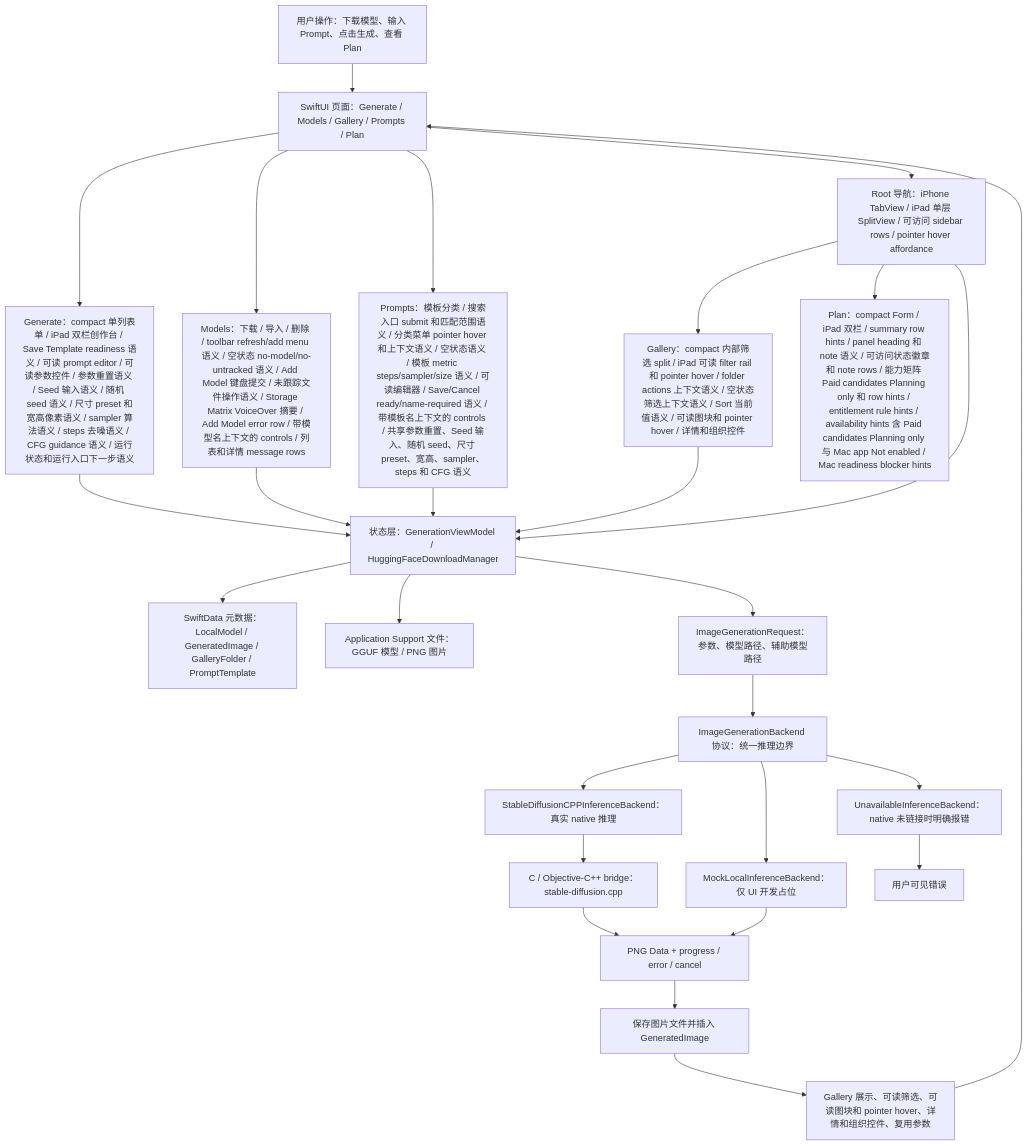
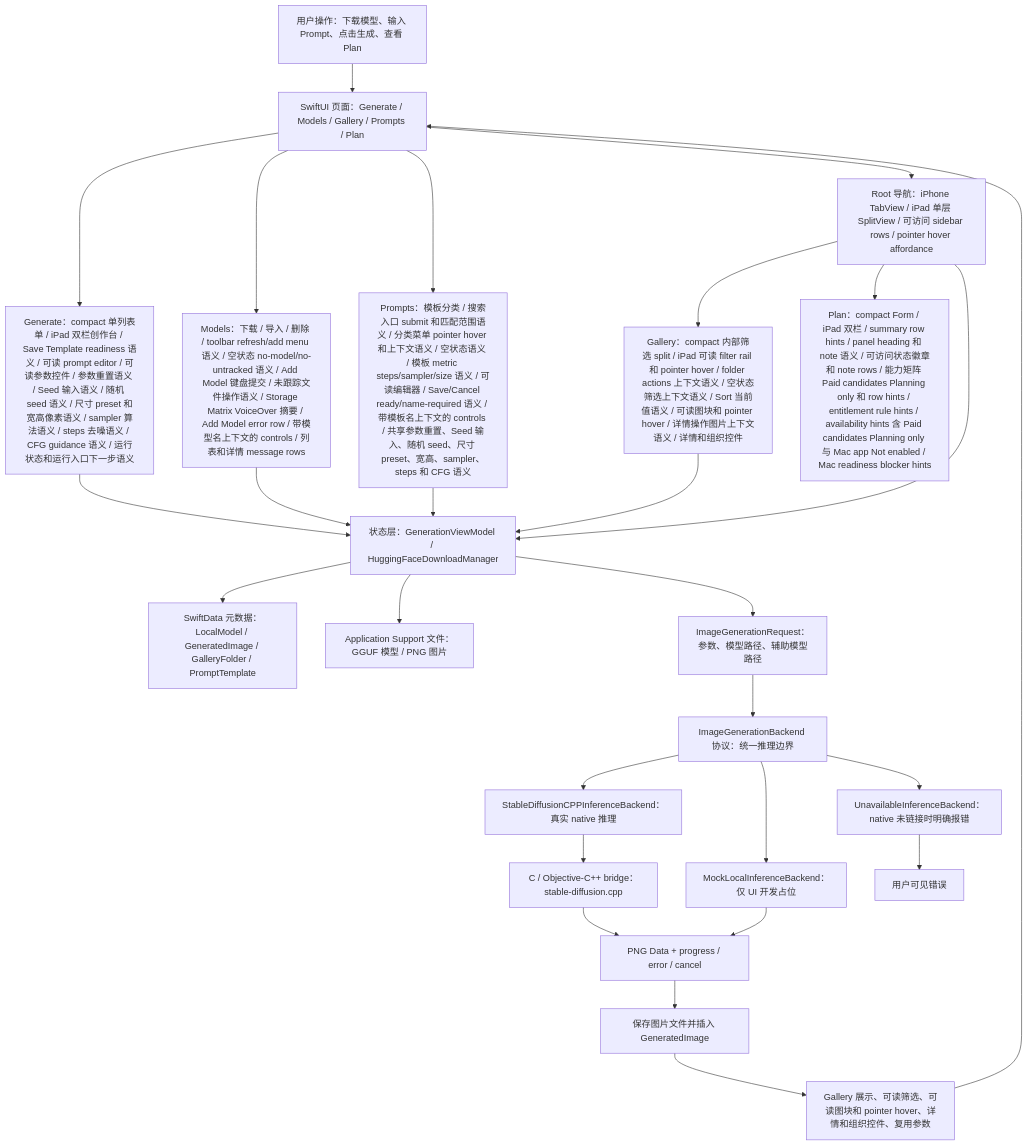
One commit to Altman-sam114/118 changed the first of 7 diagrams in md/flow/flowchart.md. Above: the diagram before and after it, drawn with Mermaid. The commit also changed 5 other files, not shown here.

````diff
--- a/md/flow/flowchart.md
+++ b/md/flow/flowchart.md
@@ -9,29 +9,29 @@
 ```mermaid
 flowchart TD
   U["用户操作：下载模型、输入 Prompt、点击生成、查看 Plan"] --> UI["SwiftUI 页面：Generate / Models / Gallery / Prompts / Plan"]
   UI --> GENUI["Generate：compact 单列表单 / iPad 双栏创作台 / Save Template readiness 语义 / 可读 prompt editor / 可读参数控件 / 参数重置语义 / Seed 输入语义 / 随机 seed 语义 / 尺寸 preset 和宽高像素语义 / sampler 算法语义 / steps 去噪语义 / CFG guidance 语义 / 运行状态和运行入口下一步语义"]
   UI --> MODELUI["Models：下载 / 导入 / 删除 / toolbar refresh/add menu 语义 / 空状态 no-model/no-untracked 语义 / Add Model 键盘提交 / 未跟踪文件操作语义 / Storage Matrix VoiceOver 摘要 / Add Model error row / 带模型名上下文的 controls / 列表和详情 message rows"]
   UI --> PROMPTUI["Prompts：模板分类 / 搜索入口 submit 和匹配范围语义 / 分类菜单 pointer hover 和上下文语义 / 空状态语义 / 模板 metric steps/sampler/size 语义 / 可读编辑器 / Save/Cancel ready/name-required 语义 / 带模板名上下文的 controls / 共享参数重置、Seed 输入、随机 seed、尺寸 preset、宽高、sampler、steps 和 CFG 语义"]
   UI --> NAV["Root 导航：iPhone TabView / iPad 单层 SplitView / 可访问 sidebar rows / pointer hover affordance"]
-  NAV --> GALUI["Gallery：compact 内部筛选 split / iPad 可读 filter rail 和 pointer hover / folder actions 上下文语义 / 空状态筛选上下文语义 / Sort 当前值语义 / 可读图块和 pointer hover / 详情和组织控件"]
+  NAV --> GALUI["Gallery：compact 内部筛选 split / iPad 可读 filter rail 和 pointer hover / folder actions 上下文语义 / 空状态筛选上下文语义 / Sort 当前值语义 / 可读图块和 pointer hover / 详情操作图片上下文语义 / 详情和组织控件"]
   NAV --> PLANUI["Plan：compact Form / iPad 双栏 / summary row hints / panel heading 和 note 语义 / 可访问状态徽章和 note rows / 能力矩阵 Paid candidates Planning only 和 row hints / entitlement rule hints / availability hints 含 Paid candidates Planning only 与 Mac app Not enabled / Mac readiness blocker hints"]
   NAV --> VM["状态层：GenerationViewModel / HuggingFaceDownloadManager"]
   GENUI --> VM
   MODELUI --> VM
   PROMPTUI --> VM
   GALUI --> VM
   VM --> SD["SwiftData 元数据：LocalModel / GeneratedImage / GalleryFolder / PromptTemplate"]
   VM --> FS["Application Support 文件：GGUF 模型 / PNG 图片"]
   VM --> REQ["ImageGenerationRequest：参数、模型路径、辅助模型路径"]
   REQ --> IFACE["ImageGenerationBackend 协议：统一推理边界"]
   IFACE --> NATIVE["StableDiffusionCPPInferenceBackend：真实 native 推理"]
   IFACE --> MOCK["MockLocalInferenceBackend：仅 UI 开发占位"]
   IFACE --> OFF["UnavailableInferenceBackend：native 未链接时明确报错"]
   NATIVE --> BRIDGE["C / Objective-C++ bridge：stable-diffusion.cpp"]
   BRIDGE --> PNG["PNG Data + progress / error / cancel"]
   MOCK --> PNG
   OFF --> ERR["用户可见错误"]
   PNG --> SAVE["保存图片文件并插入 GeneratedImage"]
   SAVE --> GALLERY["Gallery 展示、可读筛选、可读图块和 pointer hover、详情和组织控件、复用参数"]
   GALLERY --> UI
 ```
````
